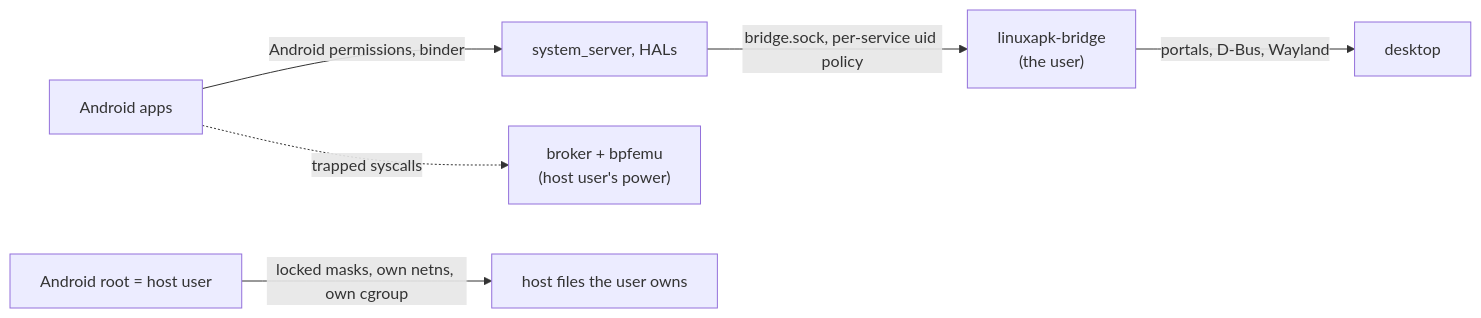
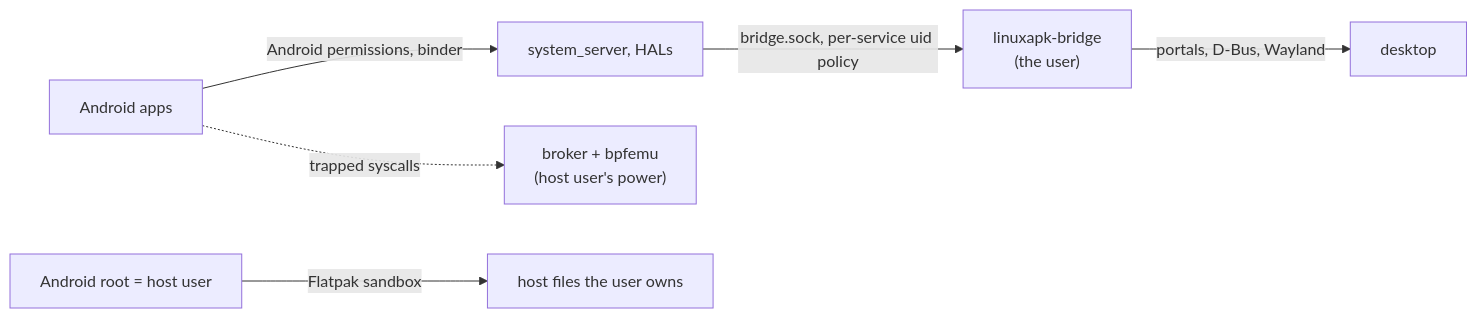
The diagram in docs/security.md (sargunv/innkeeper), drawn with Mermaid before and after one commit. The commit also changed other lines of this file and 79 other files, not shown here.

````diff
--- a/docs/security.md
+++ b/docs/security.md
@@ -19,8 +18,8 @@
 ```mermaid
 flowchart LR
   apps["Android apps"] -->|"Android permissions, binder"| sys["system_server, HALs"]
   apps -. "trapped syscalls" .-> broker["broker + bpfemu<br/>(host user's power)"]
   sys -->|"bridge.sock, per-service uid policy"| bridge["linuxapk-bridge<br/>(the user)"]
   bridge -->|"portals, D-Bus, Wayland"| desk["desktop"]
-  root["Android root = host user"] -->|"locked masks, own netns, own cgroup"| host["host files the user owns"]
+  root["Android root = host user"] -->|"Flatpak sandbox"| host["host files the user owns"]
 ```
````
